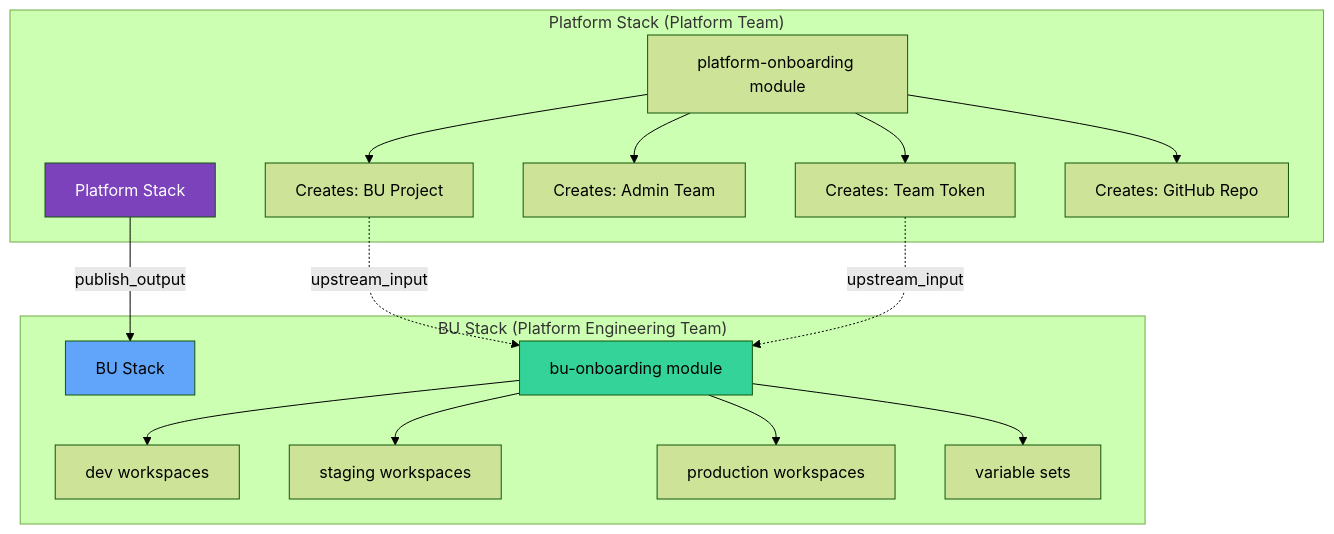
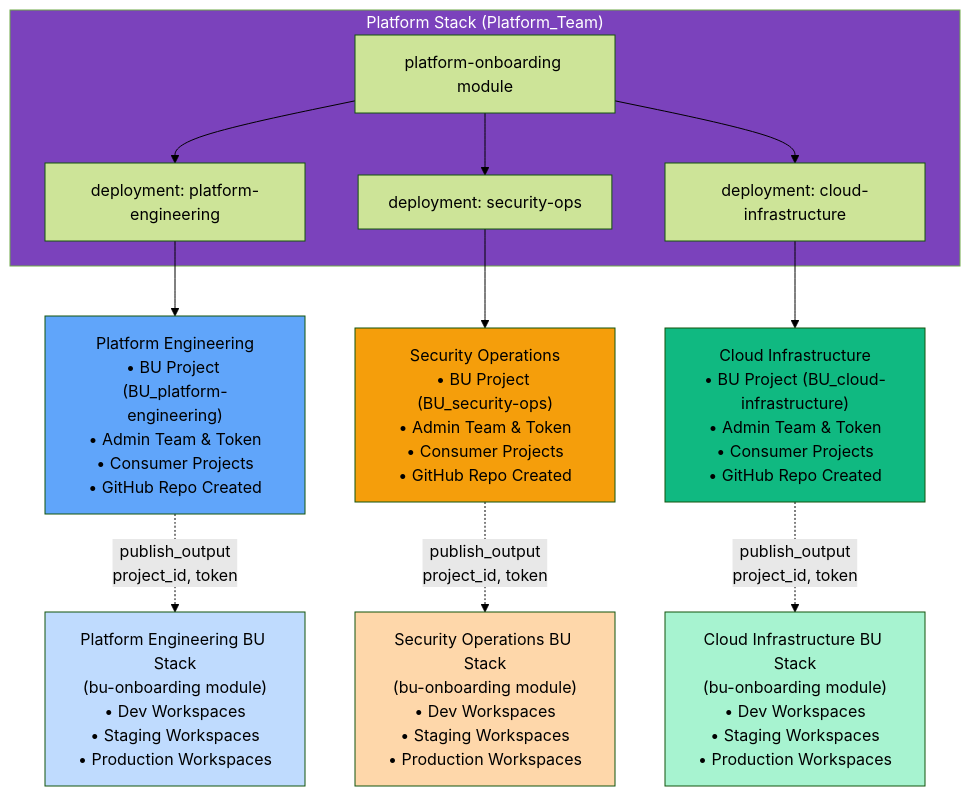
One commit to hashi-demo-lab/terraform-tfe-bu-onboarding changed the diagram in README.md. Above: the diagram before and after it, drawn with Mermaid (forest theme). The commit also changed other lines of this file, not shown here.

Commit message:
fix: Update architecture diagram for clarity and detail in BU onboarding module

````diff
--- a/README.md
+++ b/README.md
@@ -23,29 +23,25 @@
 ```mermaid
 graph TB
-    PS[Platform Stack] -->|publish_output| BS[BU Stack]
-    
-    subgraph "Platform Stack (Platform Team)"
-        PS
-        PO[platform-onboarding module]
-        PO --> PROJ[Creates: BU Project]
-        PO --> TEAM[Creates: Admin Team]
-        PO --> TOKEN[Creates: Team Token]
-        PO --> REPO[Creates: GitHub Repo]
+    subgraph PS["Platform Stack (Platform_Team)"]
+        MOD[platform-onboarding module]
+        MOD --> D1[deployment: platform-engineering]
+        MOD --> D2[deployment: security-ops]
+        MOD --> D3[deployment: cloud-infrastructure]
     end
     
-    subgraph "BU Stack (Platform Engineering Team)"
-        BS
-        BO[bu-onboarding module]
-        BO --> WS1[dev workspaces]
-        BO --> WS2[staging workspaces]
-        BO --> WS3[production workspaces]
-        BO --> VS[variable sets]
-    end
+    D1 --> PE["Platform Engineering<br/>• BU Project (BU_platform-engineering)<br/>• Admin Team & Token<br/>• Consumer Projects<br/>• GitHub Repo Created"]
+    D2 --> SO["Security Operations<br/>• BU Project (BU_security-ops)<br/>• Admin Team & Token<br/>• Consumer Projects<br/>• GitHub Repo Created"]
+    D3 --> CI["Cloud Infrastructure<br/>• BU Project (BU_cloud-infrastructure)<br/>• Admin Team & Token<br/>• Consumer Projects<br/>• GitHub Repo Created"]
     
-    PROJ -.upstream_input.-> BO
-    TOKEN -.upstream_input.-> BO
+    PE -.publish_output<br/>project_id, token.-> PE_BU["Platform Engineering BU Stack<br/>(bu-onboarding module)<br/>• Dev Workspaces<br/>• Staging Workspaces<br/>• Production Workspaces"]
+    SO -.publish_output<br/>project_id, token.-> SO_BU["Security Operations BU Stack<br/>(bu-onboarding module)<br/>• Dev Workspaces<br/>• Staging Workspaces<br/>• Production Workspaces"]
+    CI -.publish_output<br/>project_id, token.-> CI_BU["Cloud Infrastructure BU Stack<br/>(bu-onboarding module)<br/>• Dev Workspaces<br/>• Staging Workspaces<br/>• Production Workspaces"]
     
     style PS fill:#7B42BC,color:#fff
-    style BS fill:#60A5FA,color:#000
-    style BO fill:#34D399,color:#000
+    style PE fill:#60A5FA,color:#000
+    style SO fill:#F59E0B,color:#000
+    style CI fill:#10B981,color:#000
+    style PE_BU fill:#BFDBFE,color:#000
+    style SO_BU fill:#FED7AA,color:#000
+    style CI_BU fill:#A7F3D0,color:#000
 ```
````
